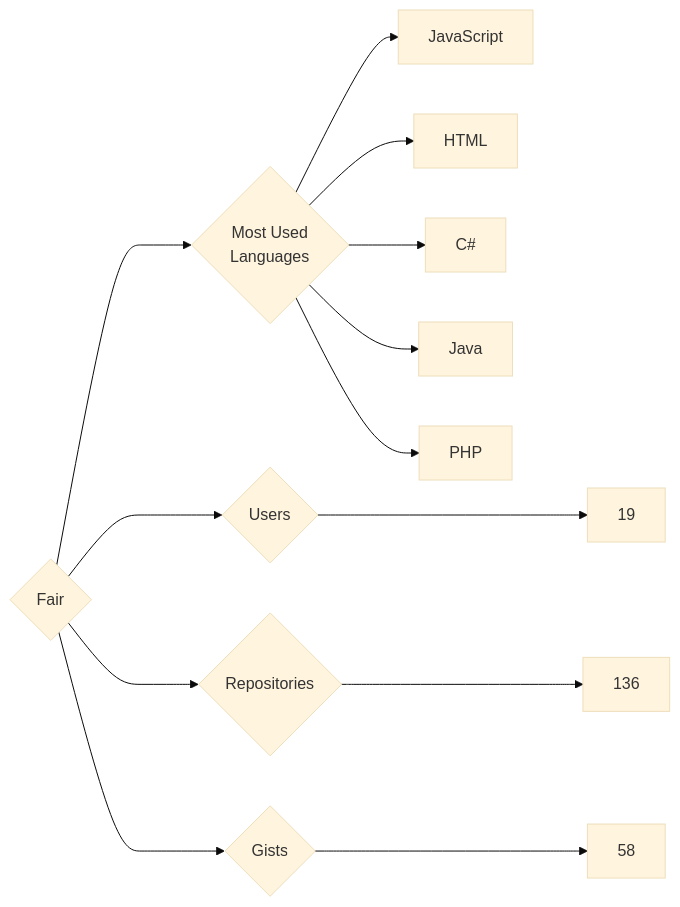
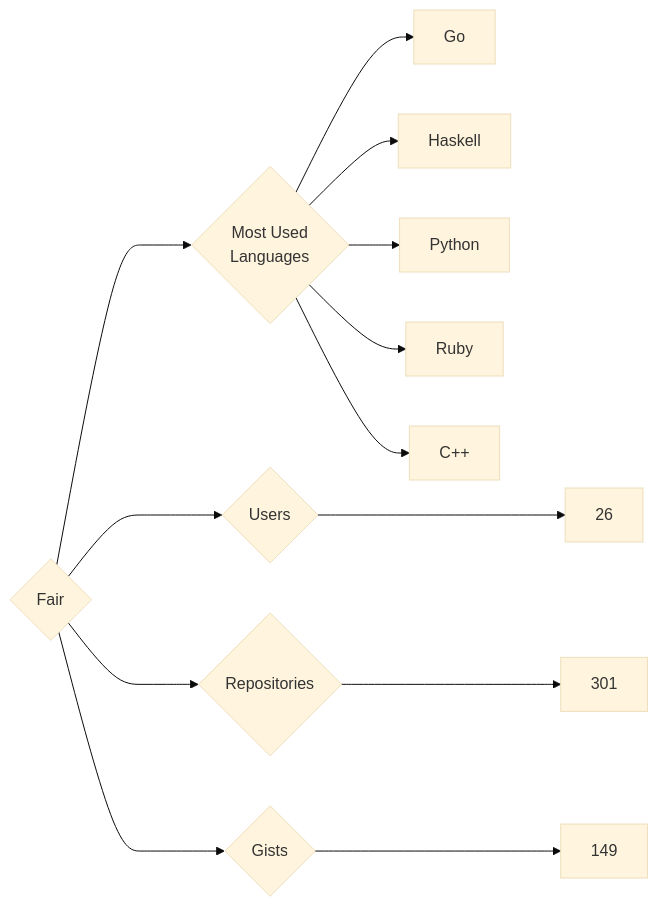
Before and after one commit to trickest/insiders: the diagram in targets/Fair/README.md, drawn with Mermaid (base theme). The commit also changed 924 other files, not shown here.

````diff
--- a/targets/Fair/README.md
+++ b/targets/Fair/README.md
@@ -3,13 +3,13 @@
 ```mermaid
 graph LR
 COMPANY_NAME{Fair}
-COMPANY_NAME ---> U{Users} ---> UN[19]
-COMPANY_NAME ---> R{Repositories} ---> RN[136]
-COMPANY_NAME ---> G{Gists} ---> GN[58]
+COMPANY_NAME ---> U{Users} ---> UN[26]
+COMPANY_NAME ---> R{Repositories} ---> RN[301]
+COMPANY_NAME ---> G{Gists} ---> GN[149]
 COMPANY_NAME ---> ML{Most Used<br>Languages}
-ML --> JavaScript[JavaScript]
-ML --> HTML[HTML]
-ML --> C#[C#]
-ML --> Java[Java]
-ML --> PHP[PHP]
+ML --> Go[Go]
+ML --> Haskell[Haskell]
+ML --> Python[Python]
+ML --> Ruby[Ruby]
+ML --> C++[C++]
 ```
````
